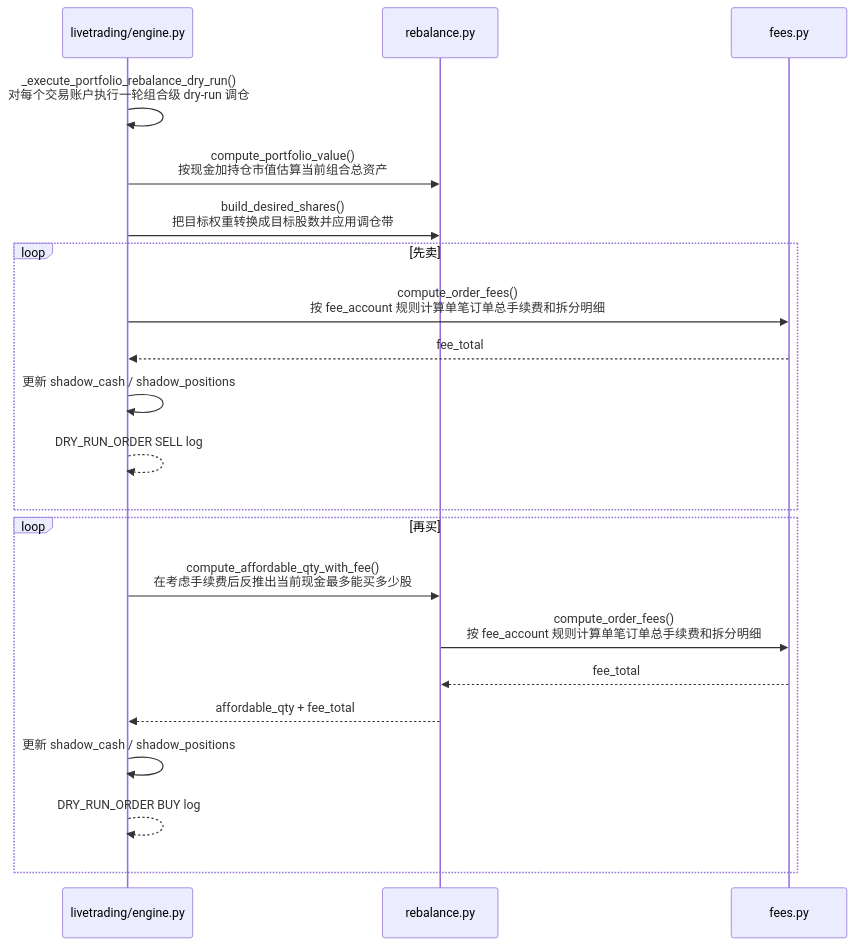
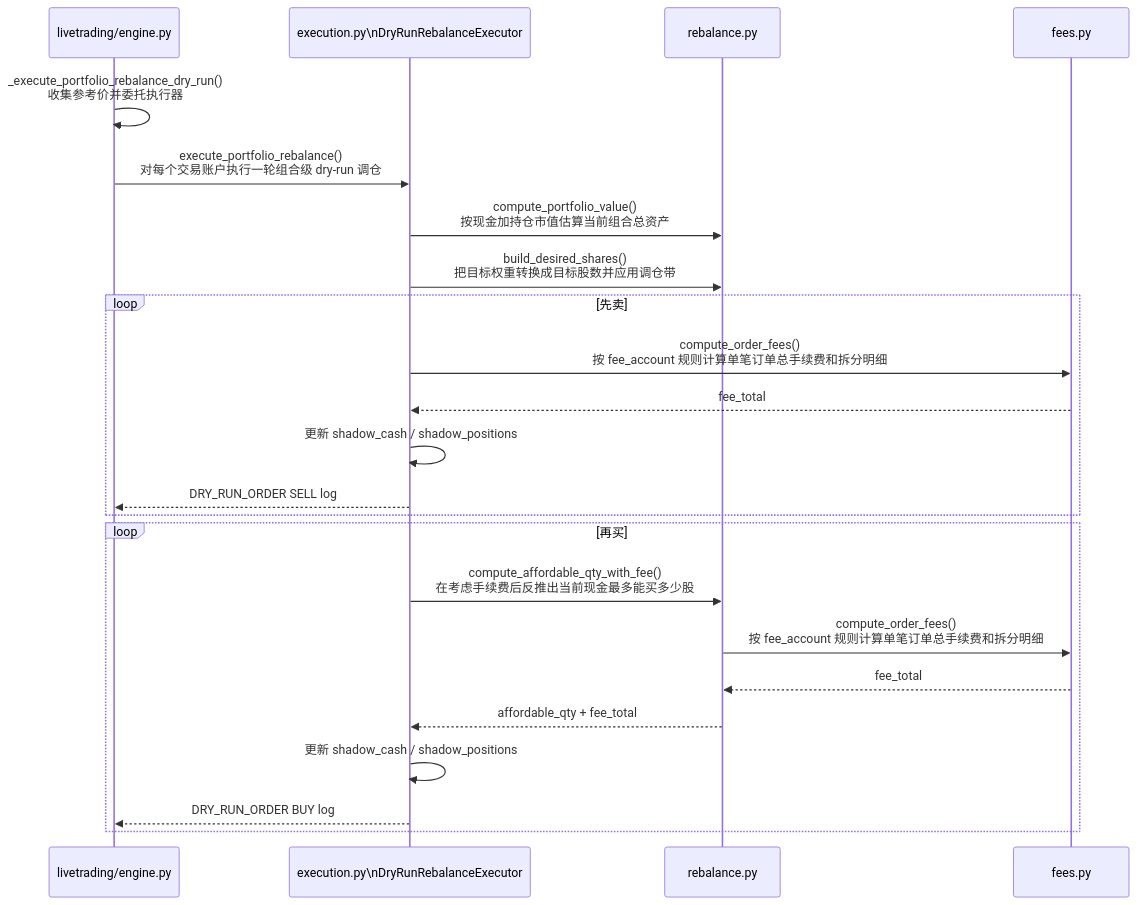
Before and after one commit to hangchow/backtest: the seventh of 7 diagrams in docs/README_livetrading_sequence.md, drawn with Mermaid. The commit also changed other lines of this file and 18 other files, not shown here.

````diff
--- a/docs/README_livetrading_sequence.md
+++ b/docs/README_livetrading_sequence.md
@@ -187,26 +239,28 @@
 ```mermaid
 sequenceDiagram
     participant ENG as livetrading/engine.py
+    participant EXE as execution.py\nDryRunRebalanceExecutor
     participant RB as rebalance.py
     participant FEE as fees.py
 
-    ENG->>ENG: _execute_portfolio_rebalance_dry_run()<br/>对每个交易账户执行一轮组合级 dry-run 调仓
-    ENG->>RB: compute_portfolio_value()<br/>按现金加持仓市值估算当前组合总资产
-    ENG->>RB: build_desired_shares()<br/>把目标权重转换成目标股数并应用调仓带
+    ENG->>ENG: _execute_portfolio_rebalance_dry_run()<br/>收集参考价并委托执行器
+    ENG->>EXE: execute_portfolio_rebalance()<br/>对每个交易账户执行一轮组合级 dry-run 调仓
+    EXE->>RB: compute_portfolio_value()<br/>按现金加持仓市值估算当前组合总资产
+    EXE->>RB: build_desired_shares()<br/>把目标权重转换成目标股数并应用调仓带
 
     loop 先卖
-        ENG->>FEE: compute_order_fees()<br/>按 fee_account 规则计算单笔订单总手续费和拆分明细
-        FEE-->>ENG: fee_total
-        ENG->>ENG: 更新 shadow_cash / shadow_positions
-        ENG-->>ENG: DRY_RUN_ORDER SELL log
+        EXE->>FEE: compute_order_fees()<br/>按 fee_account 规则计算单笔订单总手续费和拆分明细
+        FEE-->>EXE: fee_total
+        EXE->>EXE: 更新 shadow_cash / shadow_positions
+        EXE-->>ENG: DRY_RUN_ORDER SELL log
     end
 
     loop 再买
-        ENG->>RB: compute_affordable_qty_with_fee()<br/>在考虑手续费后反推出当前现金最多能买多少股
+        EXE->>RB: compute_affordable_qty_with_fee()<br/>在考虑手续费后反推出当前现金最多能买多少股
         RB->>FEE: compute_order_fees()<br/>按 fee_account 规则计算单笔订单总手续费和拆分明细
         FEE-->>RB: fee_total
-        RB-->>ENG: affordable_qty + fee_total
-        ENG->>ENG: 更新 shadow_cash / shadow_positions
-        ENG-->>ENG: DRY_RUN_ORDER BUY log
+        RB-->>EXE: affordable_qty + fee_total
+        EXE->>EXE: 更新 shadow_cash / shadow_positions
+        EXE-->>ENG: DRY_RUN_ORDER BUY log
     end
 ```
````
